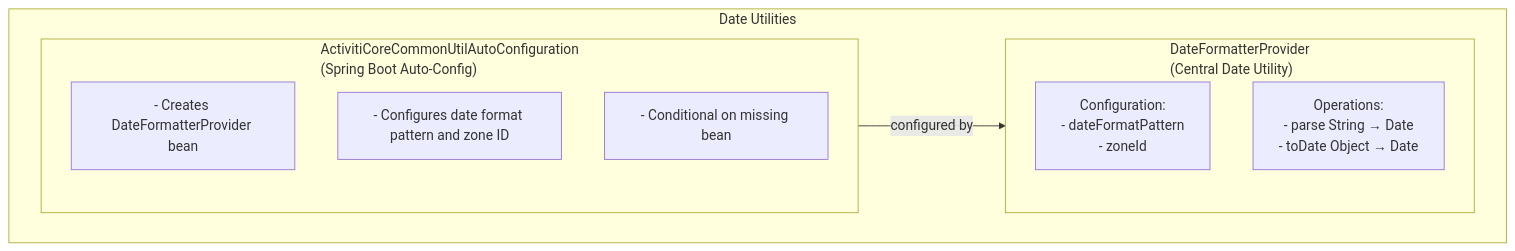
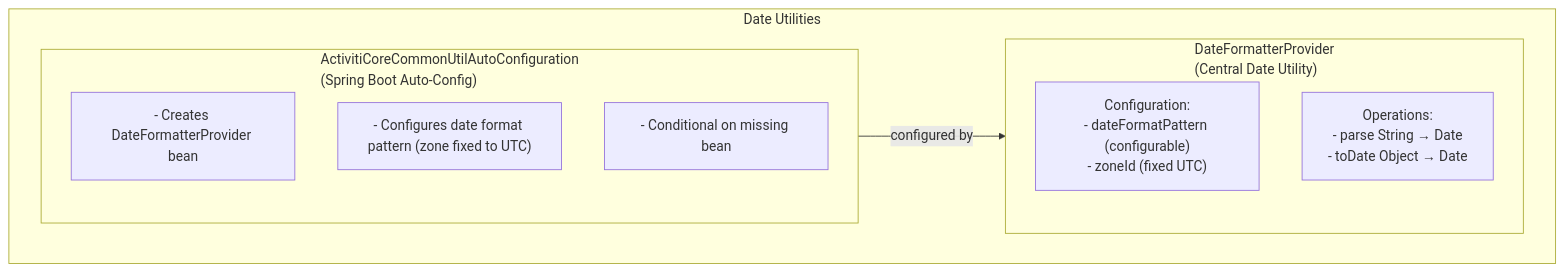
The first of 2 diagrams in docs/api-reference/core-common/common-util.mdx (CaptainGlac1er/activiti-documentation), drawn with Mermaid before and after one commit. The commit also changed other lines of this file and 72 other files, not shown here.

````diff
--- a/docs/api-reference/core-common/common-util.mdx
+++ b/docs/api-reference/core-common/common-util.mdx
@@ -70,17 +70,17 @@
 ```mermaid
 flowchart TD
     subgraph DateUtils["Date Utilities"]
         subgraph DateFormatter["DateFormatterProvider<br>(Central Date Utility)"]
-            Config["Configuration:<br>- dateFormatPattern<br>- zoneId"]
+            Config["Configuration:<br>- dateFormatPattern (configurable)<br>- zoneId (fixed UTC)"]
             Ops["Operations:<br>- parse String → Date<br>- toDate Object → Date"]
         end
         
         subgraph AutoConfig["ActivitiCoreCommonUtilAutoConfiguration<br>(Spring Boot Auto-Config)"]
             AC1["- Creates DateFormatterProvider bean"]
-            AC2["- Configures date format pattern and zone ID"]
+            AC2["- Configures date format pattern (zone fixed to UTC)"]
             AC3["- Conditional on missing bean"]
         end
     end
     
     AutoConfig -->|configured by| DateFormatter
 ```
````
